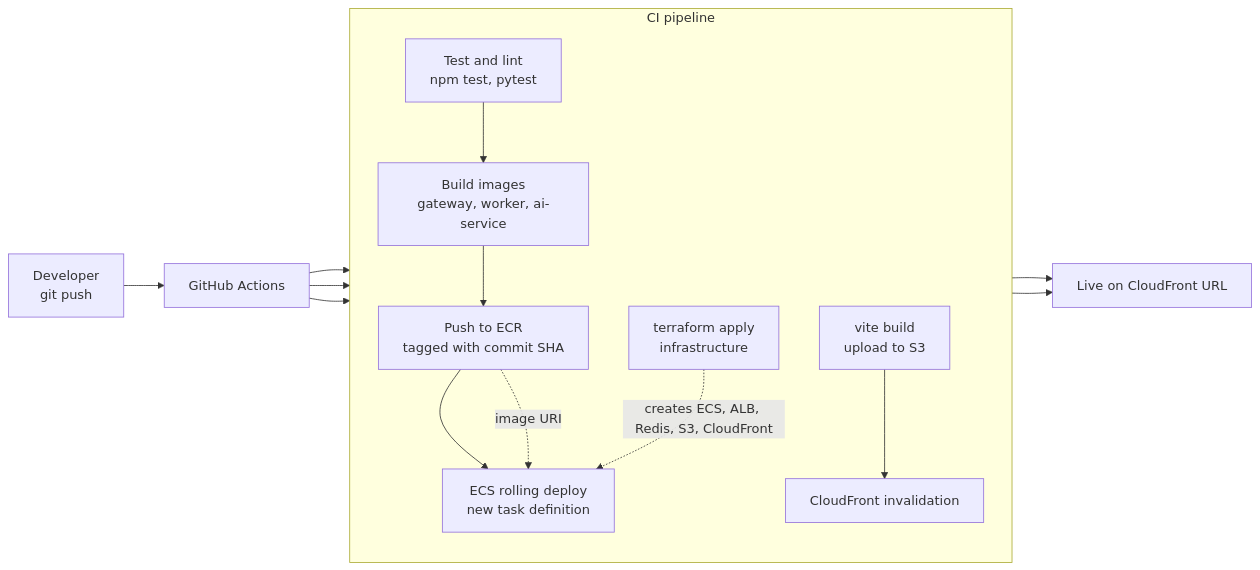
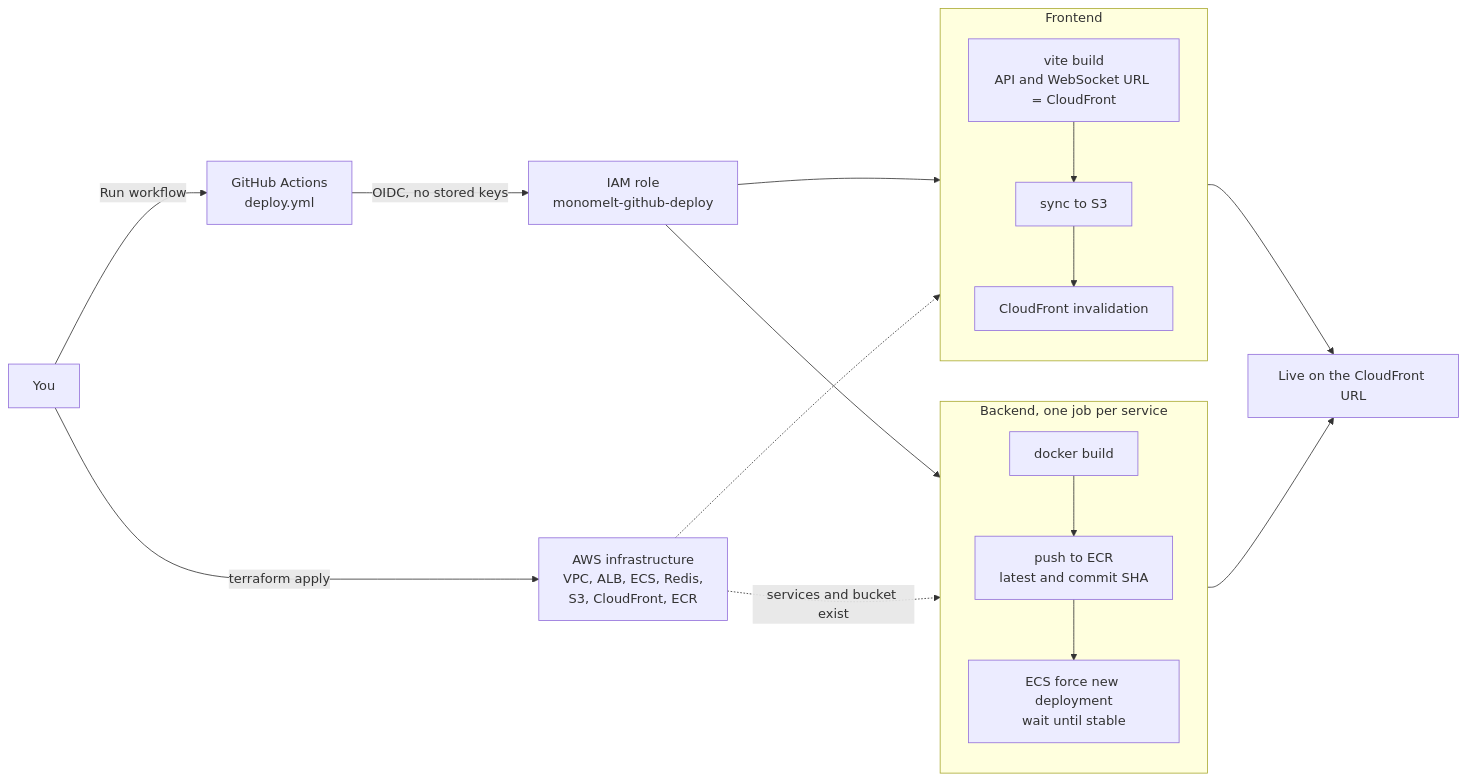
Before and after one commit to Tetra4ge/MonoMelt: the second of 2 diagrams in deploy/README.md, drawn with Mermaid. The commit also changed other lines of this file, not shown here.

Commit message:
docs: describe the deployment steps, architecture and teardown

````diff
--- a/deploy/README.md
+++ b/deploy/README.md
@@ -89,25 +93,24 @@
 ```mermaid
 flowchart LR
-    dev["Developer<br/>git push"] --> gha["GitHub Actions"]
+    you["You"] -->|"terraform apply"| infra["AWS infrastructure<br/>VPC, ALB, ECS, Redis,<br/>S3, CloudFront, ECR"]
+    you -->|"Run workflow"| gha["GitHub Actions<br/>deploy.yml"]
 
-    subgraph ci["CI pipeline"]
+    gha -->|"OIDC, no stored keys"| role["IAM role<br/>monomelt-github-deploy"]
+
+    subgraph backend["Backend, one job per service"]
         direction TB
-        test["Test and lint<br/>npm test, pytest"]
-        build["Build images<br/>gateway, worker, ai-service"]
-        push["Push to ECR<br/>tagged with commit SHA"]
-        tf["terraform apply<br/>infrastructure"]
-        fe["vite build<br/>upload to S3"]
-        inv["CloudFront invalidation"]
-        roll["ECS rolling deploy<br/>new task definition"]
+        build["docker build"] --> push["push to ECR<br/>latest and commit SHA"] --> roll["ECS force new deployment<br/>wait until stable"]
     end
 
-    gha --> test --> build --> push --> roll
-    gha --> tf
-    gha --> fe --> inv
+    subgraph frontend["Frontend"]
+        direction TB
+        vite["vite build<br/>API and WebSocket URL = CloudFront"] --> sync["sync to S3"] --> inv["CloudFront invalidation"]
+    end
 
-    push -.->|"image URI"| roll
-    tf -.->|"creates ECS, ALB, Redis, S3, CloudFront"| roll
-
-    roll --> live["Live on CloudFront URL"]
+    role --> backend
+    role --> frontend
+    infra -.->|"services and bucket exist"| backend
+    infra -.-> frontend
+    roll --> live["Live on the CloudFront URL"]
     inv --> live
 ```
````
